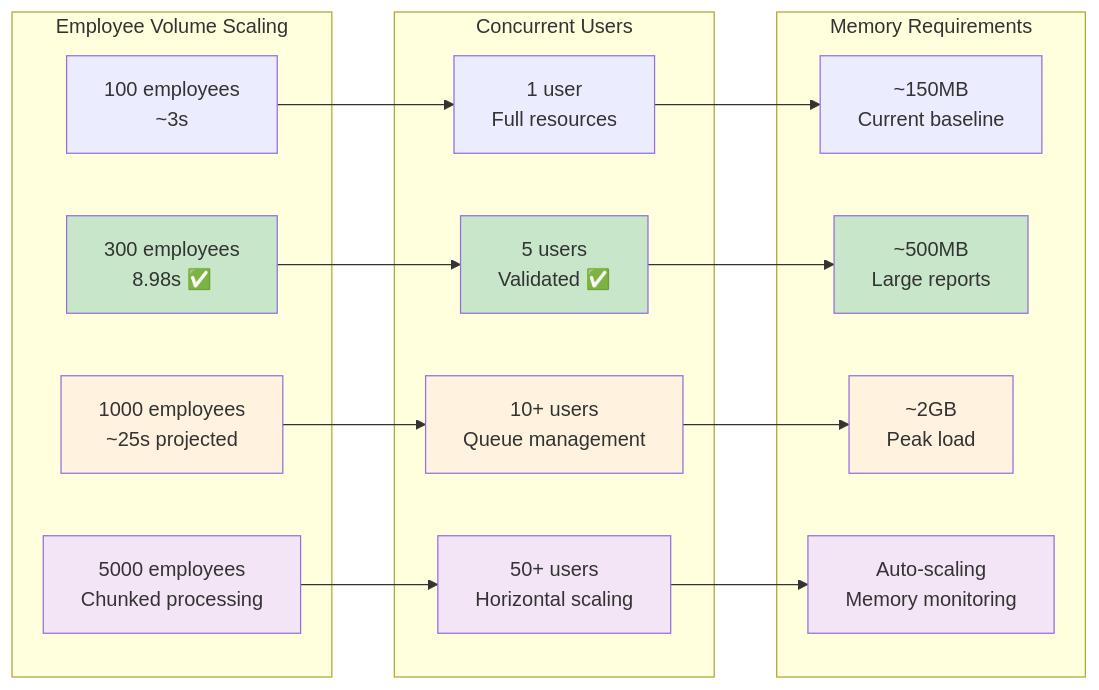
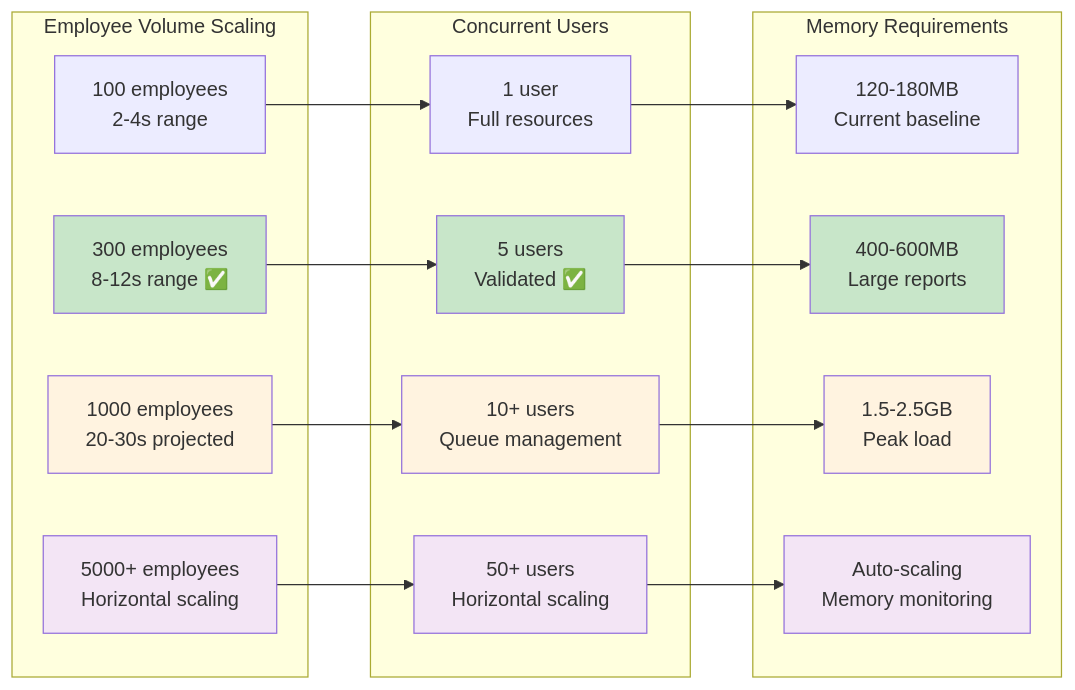
Before and after one commit to dpavelescu/certification-report-system: the ninth of 11 diagrams in docs/pdf-generation-process.md, drawn with Mermaid. The commit also changed other lines of this file and 3 other files, not shown here.

Commit message:
feat(docs): Update performance metrics and architecture documentation for consistency and clarity

````diff
--- a/docs/pdf-generation-process.md
+++ b/docs/pdf-generation-process.md
@@ -578,41 +566,41 @@
 ```mermaid
 graph LR
     subgraph "Employee Volume Scaling"
-        E100[100 employees<br/>~3s]
-        E300[300 employees<br/>8.98s ✅]
-        E1000[1000 employees<br/>~25s projected]
-        E5000[5000 employees<br/>Chunked processing]
+        E100[100 employees<br/>2-4s range]
+        E300[300 employees<br/>8-12s range ✅]
+        E1000[1000 employees<br/>20-30s projected]
+        E5000[5000+ employees<br/>Horizontal scaling]
     end
     
     subgraph "Concurrent Users"
         U1[1 user<br/>Full resources]
         U5[5 users<br/>Validated ✅]
         U10[10+ users<br/>Queue management]
         U50[50+ users<br/>Horizontal scaling]
     end
     
     subgraph "Memory Requirements"
-        M150[~150MB<br/>Current baseline]
-        M500[~500MB<br/>Large reports]
-        M2GB[~2GB<br/>Peak load]
+        M150[120-180MB<br/>Current baseline]
+        M500[400-600MB<br/>Large reports]
+        M2GB[1.5-2.5GB<br/>Peak load]
         M_AUTO[Auto-scaling<br/>Memory monitoring]
     end
     
     E100 --> U1
     E300 --> U5
     E1000 --> U10
     E5000 --> U50
     
     U1 --> M150
     U5 --> M500
     U10 --> M2GB
     U50 --> M_AUTO
     
     classDef current fill:#c8e6c9
     classDef projected fill:#fff3e0
     classDef future fill:#f3e5f5
     
     class E300,U5,M500 current
     class E1000,U10,M2GB projected
     class E5000,U50,M_AUTO future
 ```
````
